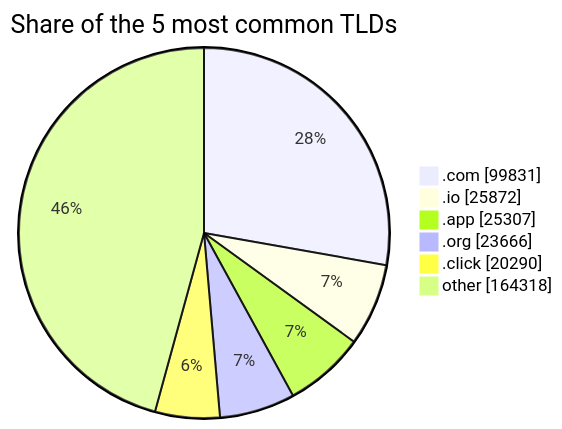
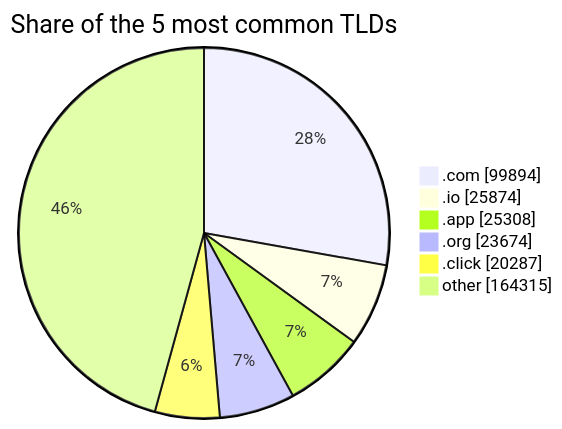
Before and after one commit to DNSBunker/CTI: the third of 3 diagrams in README.md, drawn with Mermaid. The commit also changed other lines of this file and 3 other files, not shown here.

````diff
--- a/README.md
+++ b/README.md
@@ -81,9 +81,9 @@
 ```mermaid
 pie showData title Share of the 5 most common TLDs
-    ".com" : 99831
-    ".io" : 25872
-    ".app" : 25307
-    ".org" : 23666
-    ".click" : 20290
-    "other" : 164318
+    ".com" : 99894
+    ".io" : 25874
+    ".app" : 25308
+    ".org" : 23674
+    ".click" : 20287
+    "other" : 164315
 ```
````
